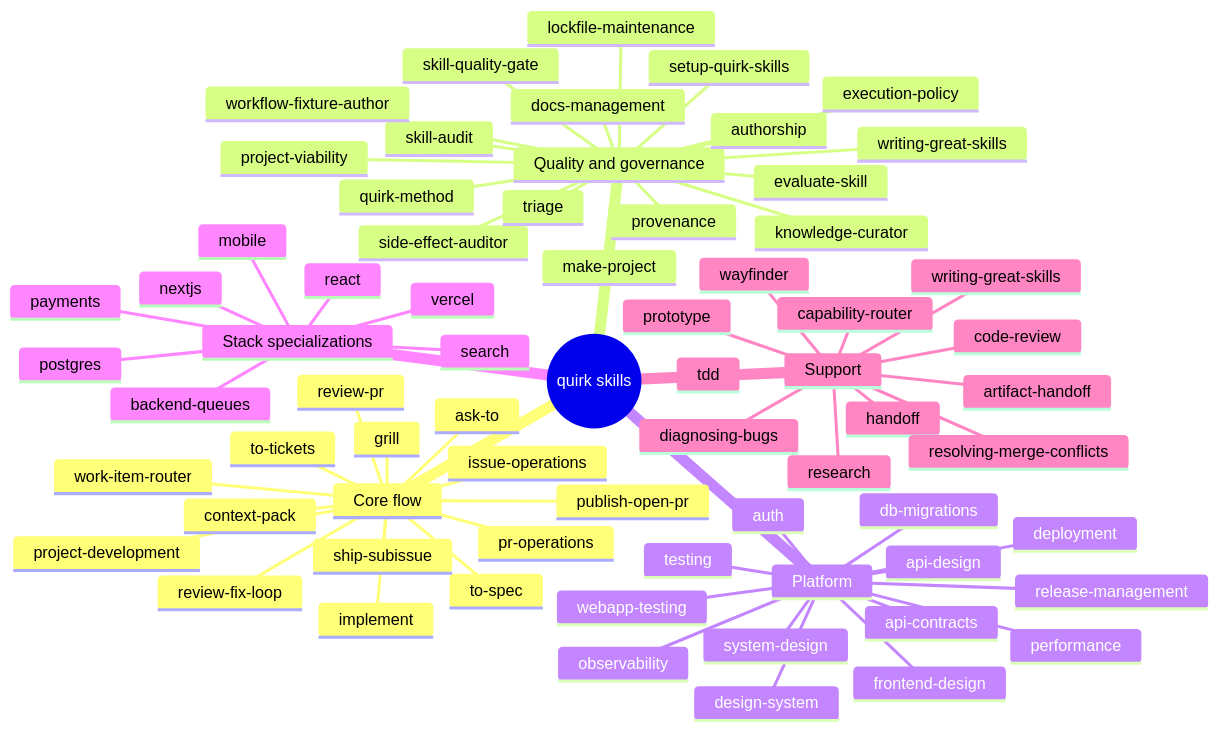
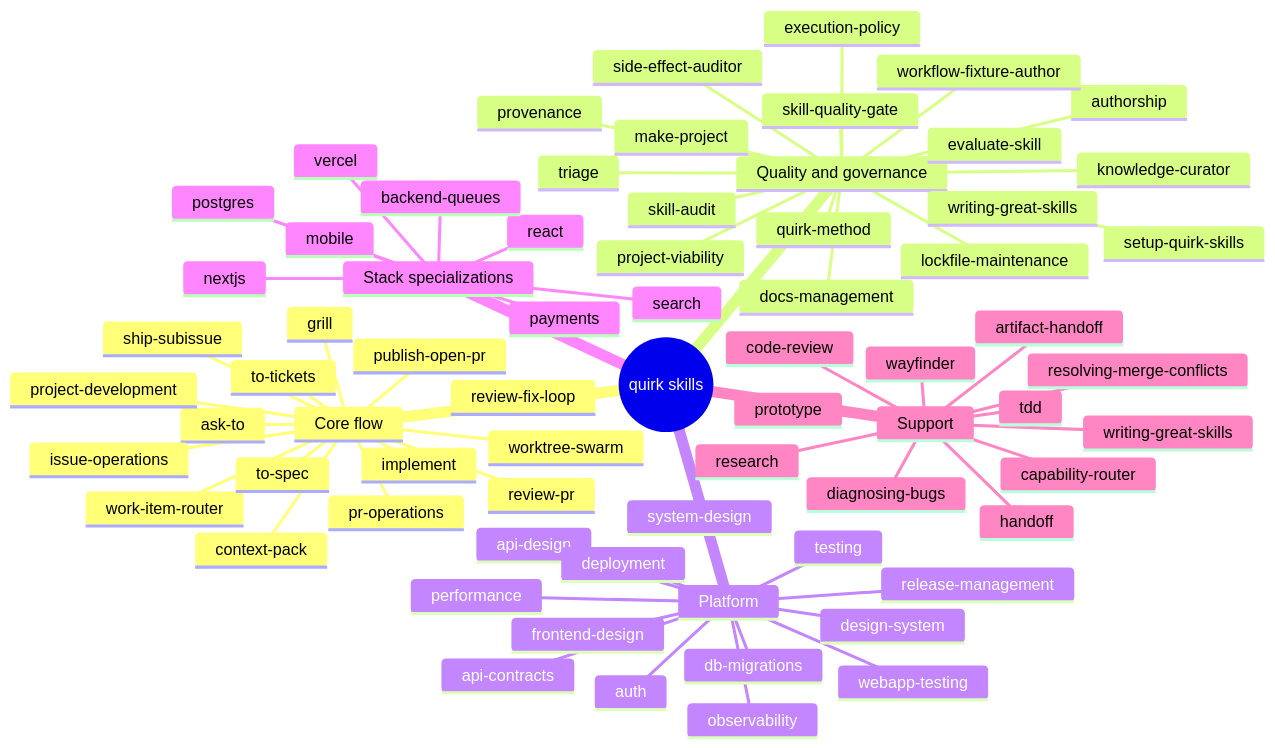
Before and after one commit to quantumquirkxyz/skills-quirk: the diagram in docs/reference/agents/skills-map.md, drawn with Mermaid. The commit also changed other lines of this file and 14 other files, not shown here.

Commit message:
docs(workflow): document worktree swarm routing

````diff
--- a/docs/reference/agents/skills-map.md
+++ b/docs/reference/agents/skills-map.md
@@ -3,72 +3,73 @@
 ```mermaid
 mindmap
     root((quirk skills))
         Core flow
             ask-to
             grill
             project-development
             context-pack
             work-item-router
             to-spec
             to-tickets
             implement
             publish-open-pr
             issue-operations
             pr-operations
             review-pr
             review-fix-loop
             ship-subissue
+            worktree-swarm
         Quality and governance
             authorship
             quirk-method
             provenance
             skill-audit
             evaluate-skill
             lockfile-maintenance
             skill-quality-gate
             workflow-fixture-author
             side-effect-auditor
             knowledge-curator
             writing-great-skills
             execution-policy
             docs-management
             project-viability
             triage
             make-project
             setup-quirk-skills
         Platform
             frontend-design
             design-system
             webapp-testing
             api-design
             api-contracts
             auth
             deployment
             release-management
             observability
             testing
             performance
             system-design
             db-migrations
         Stack specializations
             nextjs
             react
             vercel
             postgres
             search
             backend-queues
             mobile
             payments
         Support
             artifact-handoff
             handoff
             prototype
             research
             tdd
             diagnosing-bugs
             resolving-merge-conflicts
             capability-router
             code-review
             wayfinder
             writing-great-skills
 ```
````
